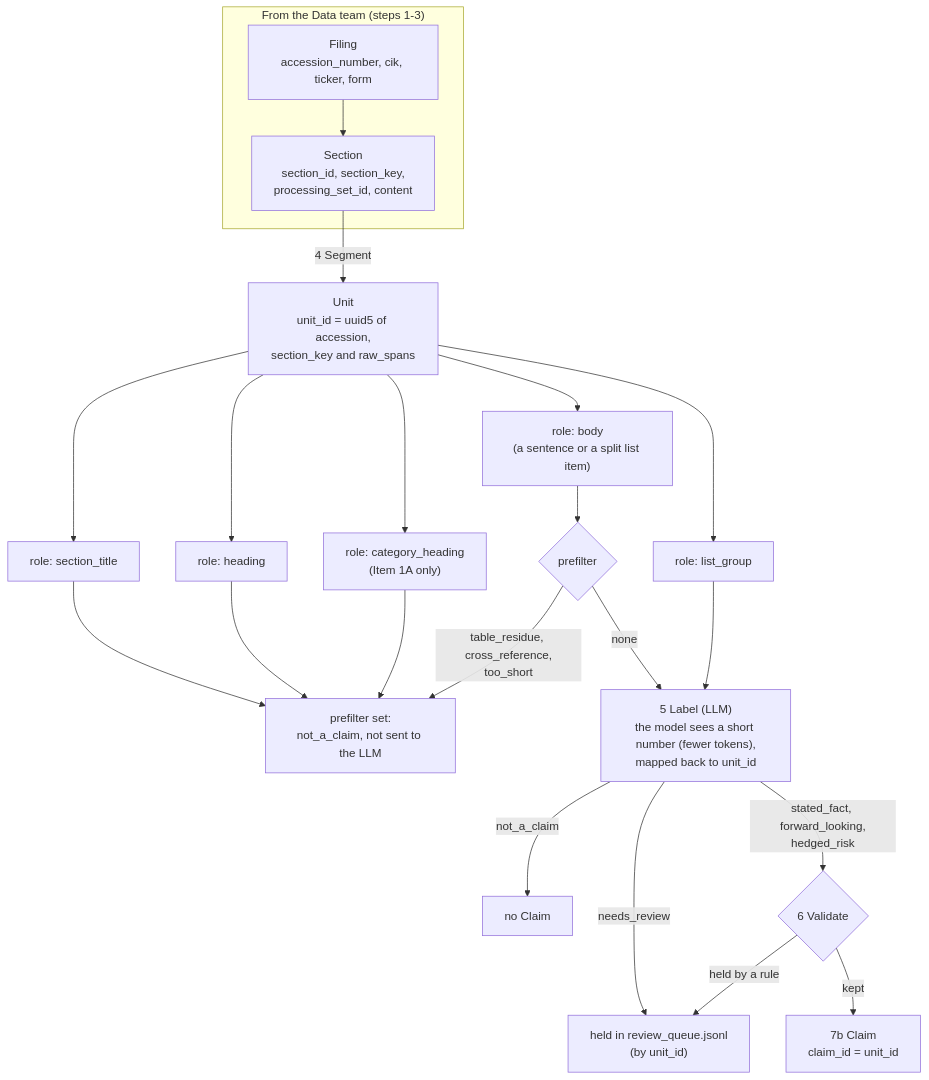
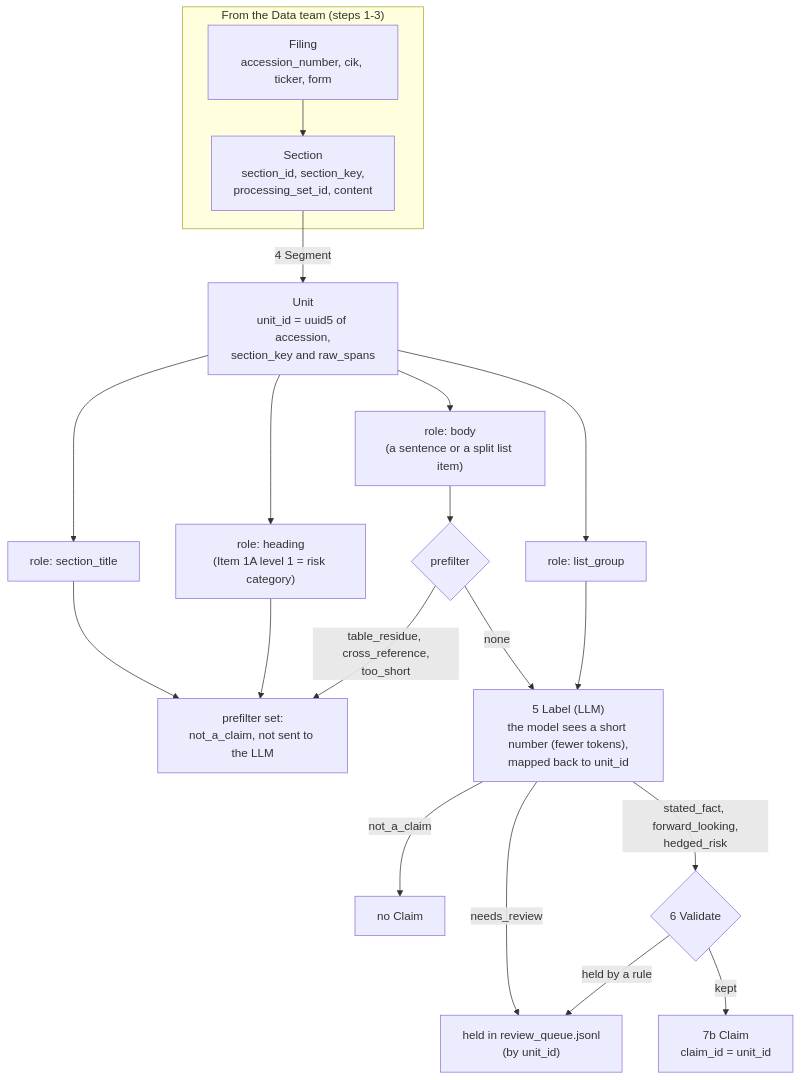
Before and after one commit to ZiyiClaudiaWang/KPMG-GraphRAG: the second of 4 diagrams in extraction_pipeline/README.md, drawn with Mermaid. The commit also changed other lines of this file and 15 other files, not shown here.

First line of the commit message:
Make Item 1A risk categories ordinary level-1 headings (v8)

````diff
--- a/extraction_pipeline/README.md
+++ b/extraction_pipeline/README.md
@@ -117,27 +117,26 @@
 ```mermaid
 flowchart TD
     subgraph DATA["From the Data team (steps 1-3)"]
         F["Filing<br/>accession_number, cik, ticker, form"]
         S["Section<br/>section_id, section_key,<br/>processing_set_id, content"]
         F --> S
     end
     S -->|"4 Segment"| U["Unit<br/>unit_id = uuid5 of accession,<br/>section_key and raw_spans"]
 
     U --> R1["role: section_title"]
-    U --> R2["role: heading"]
-    U --> R3["role: category_heading<br/>(Item 1A only)"]
+    U --> R2["role: heading<br/>(Item 1A level 1 = risk category)"]
     U --> R4["role: body<br/>(a sentence or a split list item)"]
     U --> R5["role: list_group"]
 
-    R1 & R2 & R3 --> NO["prefilter set:<br/>not_a_claim, not sent to the LLM"]
+    R1 & R2 --> NO["prefilter set:<br/>not_a_claim, not sent to the LLM"]
     R4 --> P{"prefilter"}
     P -->|"table_residue, cross_reference,<br/>too_short"| NO
     P -->|"none"| LLM
     R5 --> LLM["5 Label (LLM)<br/>the model sees a short number (fewer tokens),<br/>mapped back to unit_id"]
 
     LLM -->|"not_a_claim"| NC["no Claim"]
     LLM -->|"needs_review"| H["held in review_queue.jsonl<br/>(by unit_id)"]
     LLM -->|"stated_fact, forward_looking,<br/>hedged_risk"| V{"6 Validate"}
     V -->|"held by a rule"| H
     V -->|"kept"| C["7b Claim<br/>claim_id = unit_id"]
 ```
````
